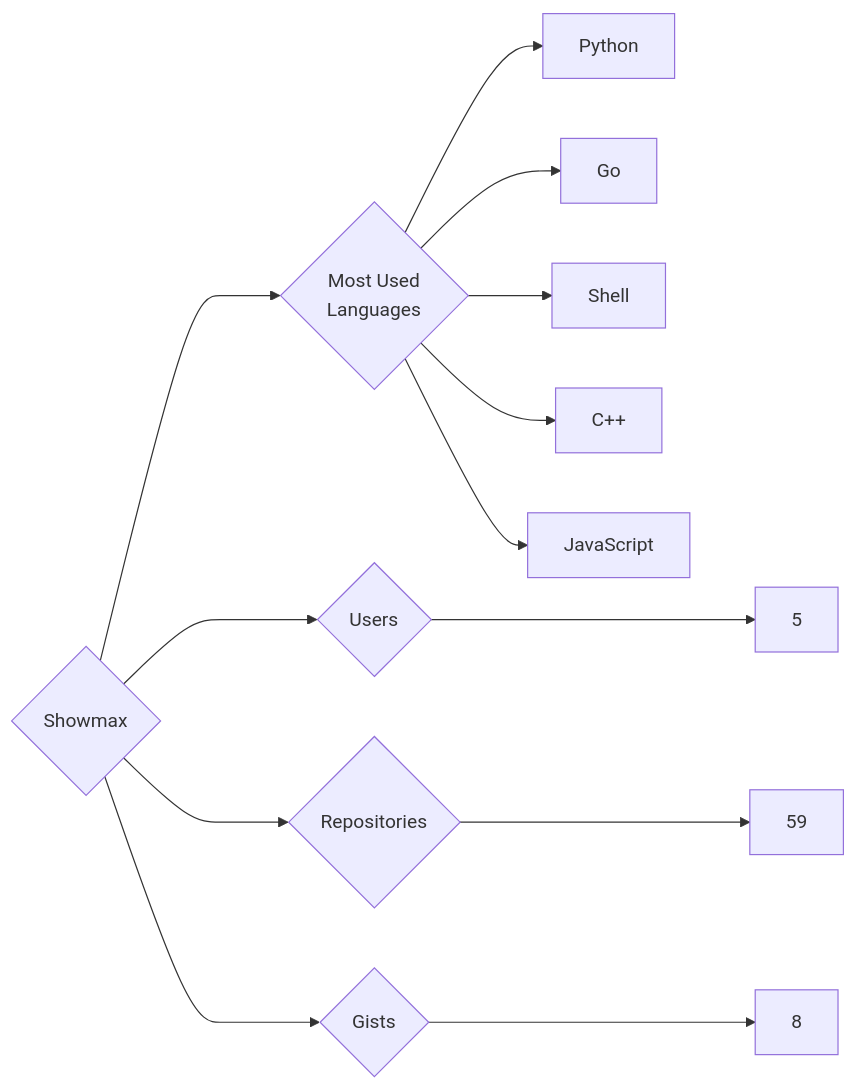
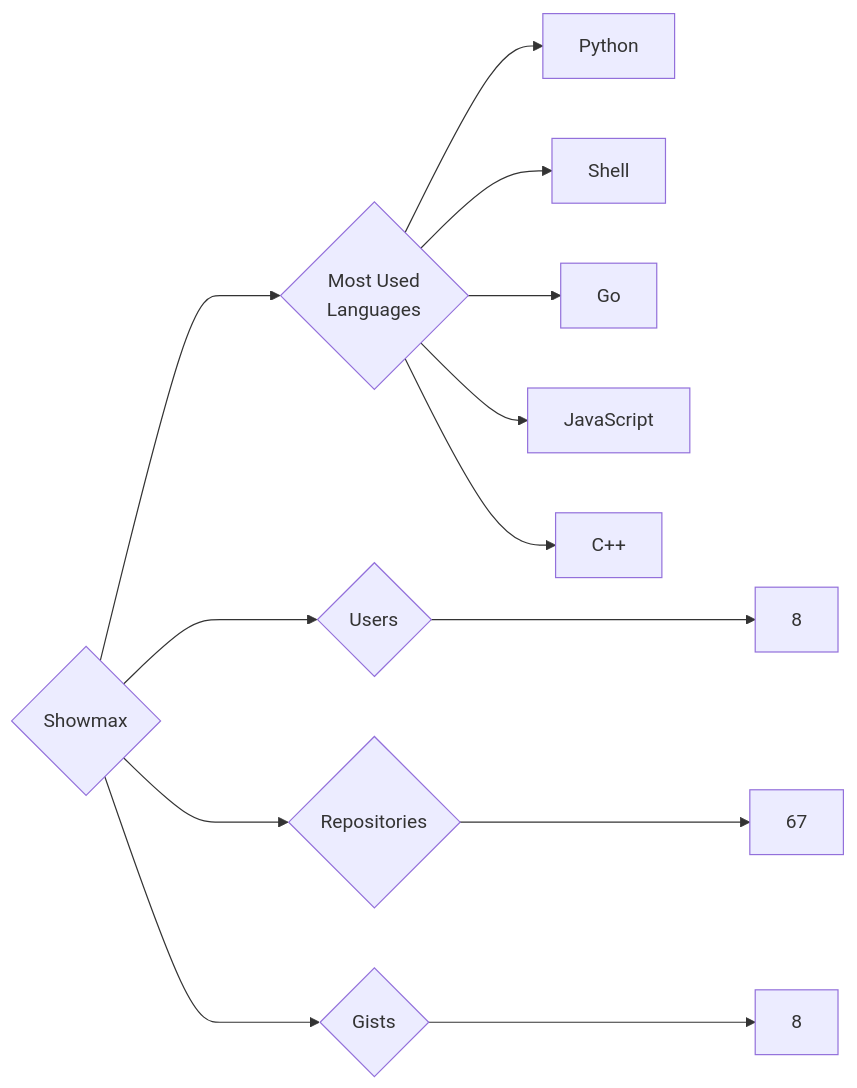
One commit to trickest/insiders changed the diagram in targets/Showmax/README.md. Above: the diagram before and after it, drawn with Mermaid. The commit also changed 939 other files, not shown here.

````diff
--- a/targets/Showmax/README.md
+++ b/targets/Showmax/README.md
@@ -3,13 +3,13 @@
 ```mermaid
 graph LR
 COMPANY_NAME{Showmax}
-COMPANY_NAME ---> U{Users} ---> UN[5]
-COMPANY_NAME ---> R{Repositories} ---> RN[59]
+COMPANY_NAME ---> U{Users} ---> UN[8]
+COMPANY_NAME ---> R{Repositories} ---> RN[67]
 COMPANY_NAME ---> G{Gists} ---> GN[8]
 COMPANY_NAME ---> ML{Most Used<br>Languages}
 ML --> Python[Python]
+ML --> Shell[Shell]
 ML --> Go[Go]
-ML --> Shell[Shell]
+ML --> JavaScript[JavaScript]
 ML --> C++[C++]
-ML --> JavaScript[JavaScript]
 ```
````
